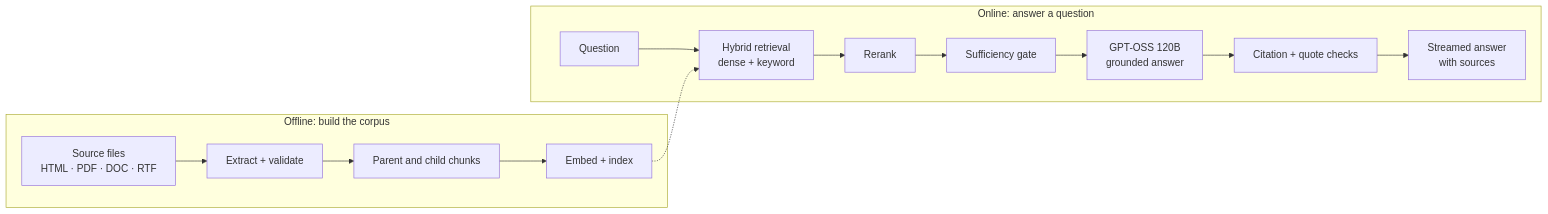
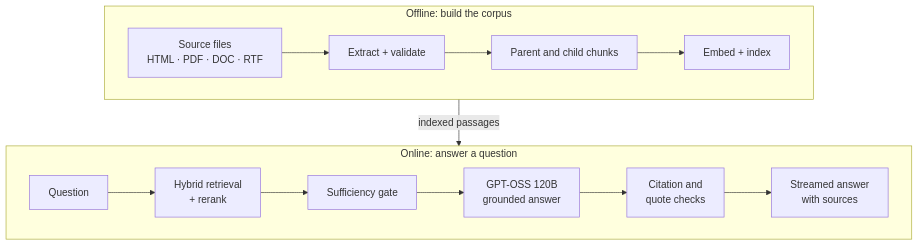
The diagram in README.md (thetanishqrathore/theo-rag), drawn with Mermaid before and after one commit.

Commit message:
README: stack the offline and online diagrams for narrow screens

````diff
--- a/README.md
+++ b/README.md
@@ -62,10 +62,12 @@
 ```mermaid
-flowchart LR
+flowchart TB
     subgraph Offline["Offline: build the corpus"]
+        direction LR
         A[Source files<br/>HTML · PDF · DOC · RTF] --> B[Extract + validate] --> C[Parent and child chunks] --> D[Embed + index]
     end
     subgraph Online["Online: answer a question"]
-        Q[Question] --> R[Hybrid retrieval<br/>dense + keyword] --> S[Rerank] --> G[Sufficiency gate] --> L[GPT-OSS 120B<br/>grounded answer] --> P[Citation + quote checks] --> UI[Streamed answer<br/>with sources]
+        direction LR
+        Q[Question] --> R[Hybrid retrieval<br/>+ rerank] --> G[Sufficiency gate] --> L[GPT-OSS 120B<br/>grounded answer] --> P[Citation and<br/>quote checks] --> UI[Streamed answer<br/>with sources]
     end
-    D -.-> R
+    Offline -->|indexed passages| Online
 ```
````
